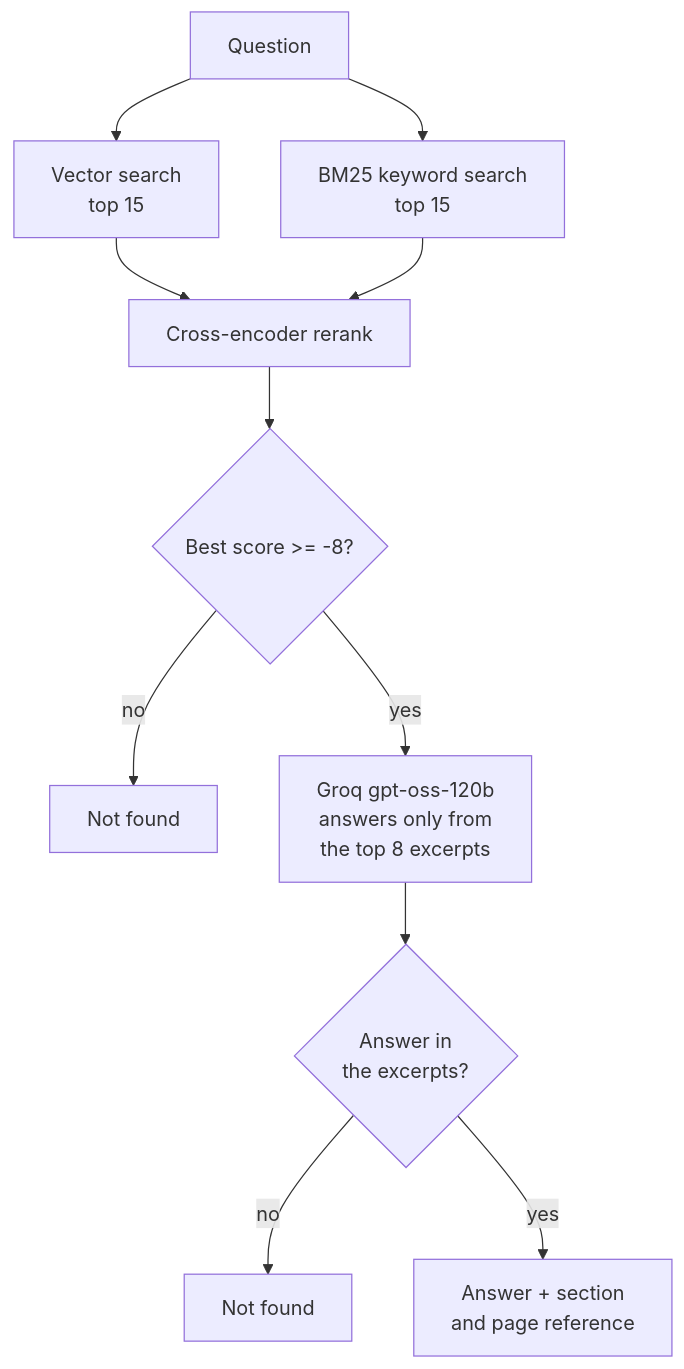
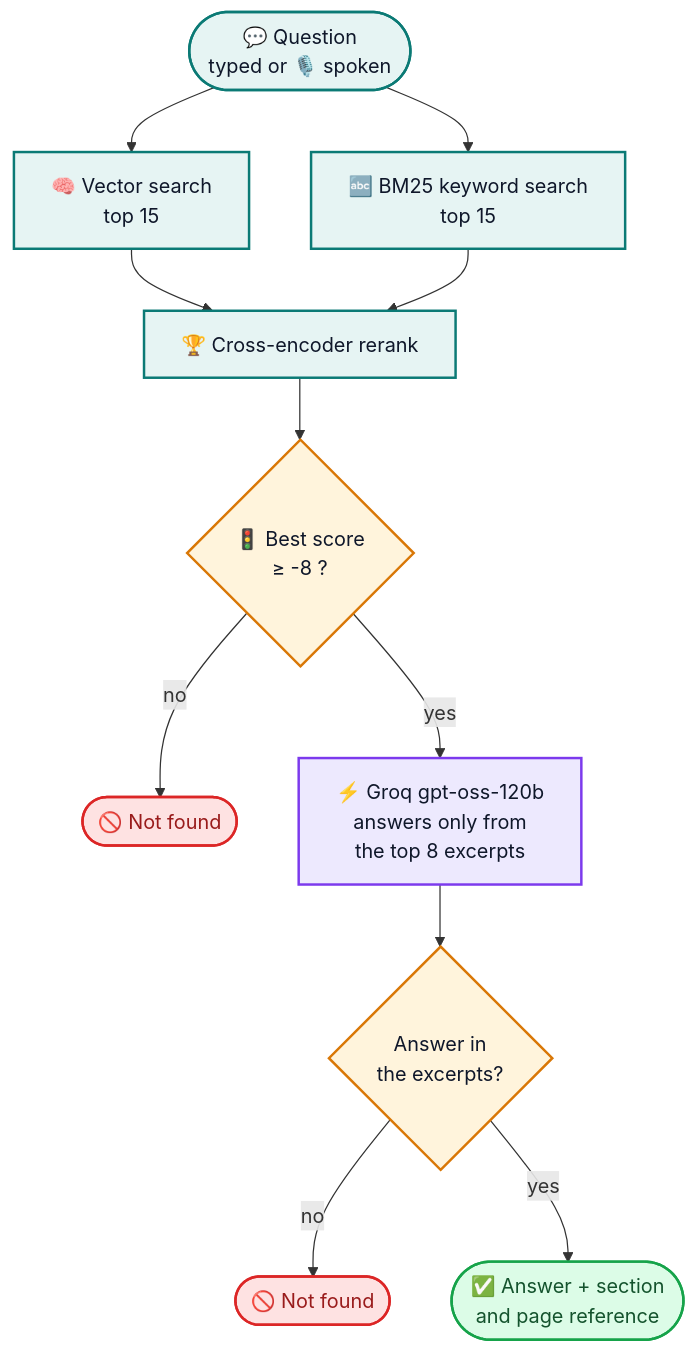
The second of 2 diagrams in README.md (adityamukesh/genai-aditya), drawn with Mermaid before and after one commit. The commit also changed other lines of this file, not shown here.

Commit message:
README: show the flowchart directly (coloured Mermaid) above the architecture diagram

````diff
--- a/README.md
+++ b/README.md
@@ -181,13 +183,24 @@
 ```mermaid
 flowchart TD
-    Q["Question"] --> V["Vector search<br/>top 15"]
-    Q --> K["BM25 keyword search<br/>top 15"]
-    V --> R["Cross-encoder rerank"]
+    Q(["💬 Question<br/>typed or 🎙️ spoken"]) --> V["🧠 Vector search<br/>top 15"]
+    Q --> K["🔤 BM25 keyword search<br/>top 15"]
+    V --> R["🏆 Cross-encoder rerank"]
     K --> R
-    R --> G{"Best score >= -8?"}
-    G -- no --> NF1["Not found"]
-    G -- yes --> L["Groq gpt-oss-120b<br/>answers only from<br/>the top 8 excerpts"]
+    R --> G{"🚦 Best score<br/>≥ -8 ?"}
+    G -- "no" --> NF1(["🚫 Not found"])
+    G -- "yes" --> L["⚡ Groq gpt-oss-120b<br/>answers only from<br/>the top 8 excerpts"]
     L --> H{"Answer in<br/>the excerpts?"}
-    H -- no --> NF2["Not found"]
-    H -- yes --> O["Answer + section<br/>and page reference"]
+    H -- "no" --> NF2(["🚫 Not found"])
+    H -- "yes" --> O(["✅ Answer + section<br/>and page reference"])
+
+    classDef step fill:#e6f4f3,stroke:#0b7a75,stroke-width:2px,color:#0f172a
+    classDef llm fill:#ede9fe,stroke:#7c3aed,stroke-width:2px,color:#0f172a
+    classDef gate fill:#fff4dc,stroke:#d97706,stroke-width:2px,color:#0f172a
+    classDef bad fill:#fee2e2,stroke:#dc2626,stroke-width:2px,color:#991b1b
+    classDef good fill:#dcfce7,stroke:#16a34a,stroke-width:2px,color:#14532d
+    class Q,V,K,R step
+    class L llm
+    class G,H gate
+    class NF1,NF2 bad
+    class O good
 ```
````
